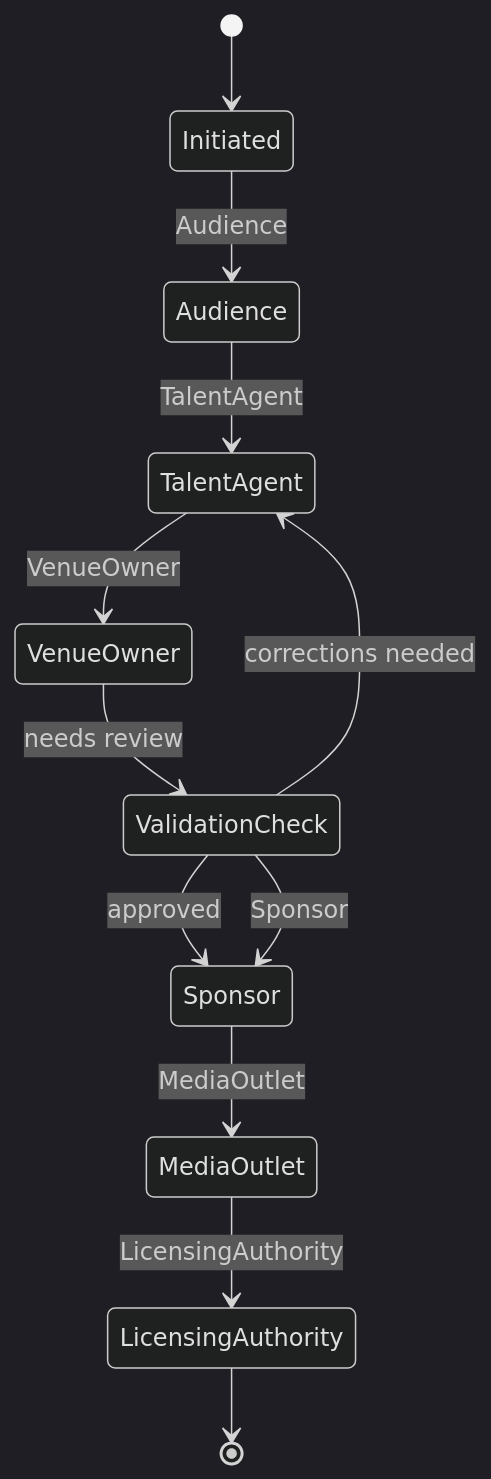
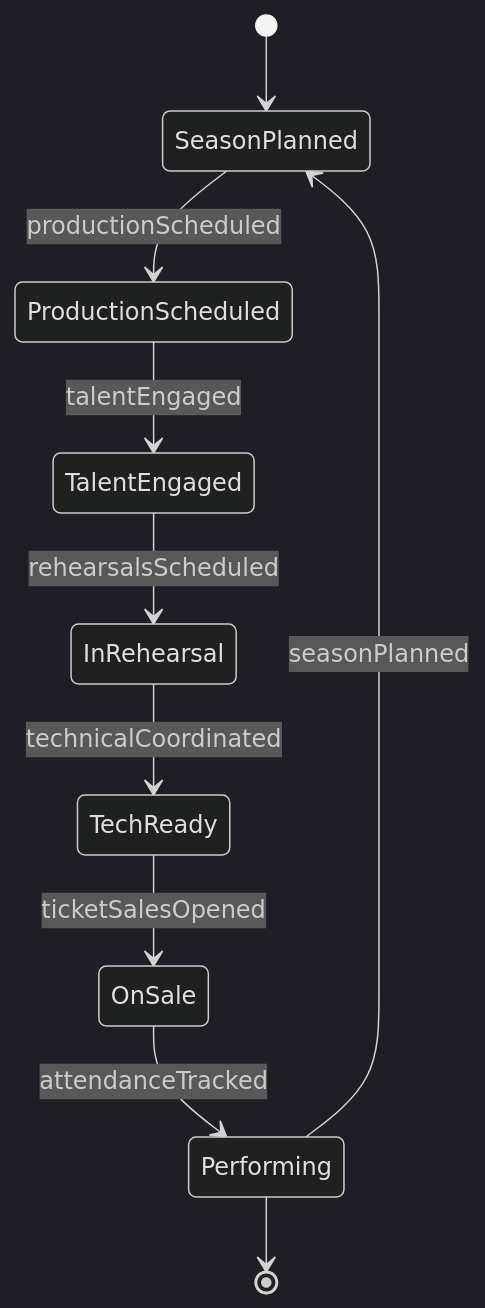
Before and after one commit to dot-org-ai/tasks.org.ai: the second of 4 diagrams in GuidingDirectingAndMotivatingSubordinates/DirectOrganizationalOperationsActivitiesOrProcedures/ManageOperationsArtisticEntertainmentDepartments.mdx, drawn with Mermaid (dark theme). The commit also changed other lines of this file and 515 other files, not shown here.

````diff
--- a/GuidingDirectingAndMotivatingSubordinates/DirectOrganizationalOperationsActivitiesOrProcedures/ManageOperationsArtisticEntertainmentDepartments.mdx
+++ b/GuidingDirectingAndMotivatingSubordinates/DirectOrganizationalOperationsActivitiesOrProcedures/ManageOperationsArtisticEntertainmentDepartments.mdx
@@ -111,14 +103,12 @@
 ```mermaid
 stateDiagram-v2
-    [*] --> Initiated
-    Initiated --> Audience: Audience
-    Audience --> TalentAgent: TalentAgent
-    TalentAgent --> VenueOwner: VenueOwner
-    VenueOwner --> ValidationCheck: needs review
-    ValidationCheck --> TalentAgent: corrections needed
-    ValidationCheck --> Sponsor: approved
-    ValidationCheck --> Sponsor: Sponsor
-    Sponsor --> MediaOutlet: MediaOutlet
-    MediaOutlet --> LicensingAuthority: LicensingAuthority
-    LicensingAuthority --> [*]
+    [*] --> SeasonPlanned
+    SeasonPlanned --> ProductionScheduled : productionScheduled
+    ProductionScheduled --> TalentEngaged : talentEngaged
+    TalentEngaged --> InRehearsal : rehearsalsScheduled
+    InRehearsal --> TechReady : technicalCoordinated
+    TechReady --> OnSale : ticketSalesOpened
+    OnSale --> Performing : attendanceTracked
+    Performing --> SeasonPlanned : seasonPlanned
+    Performing --> [*]
 ```
````
